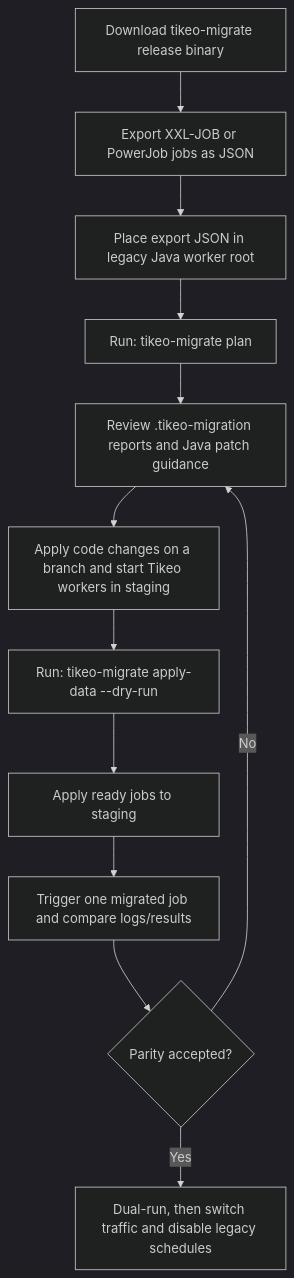
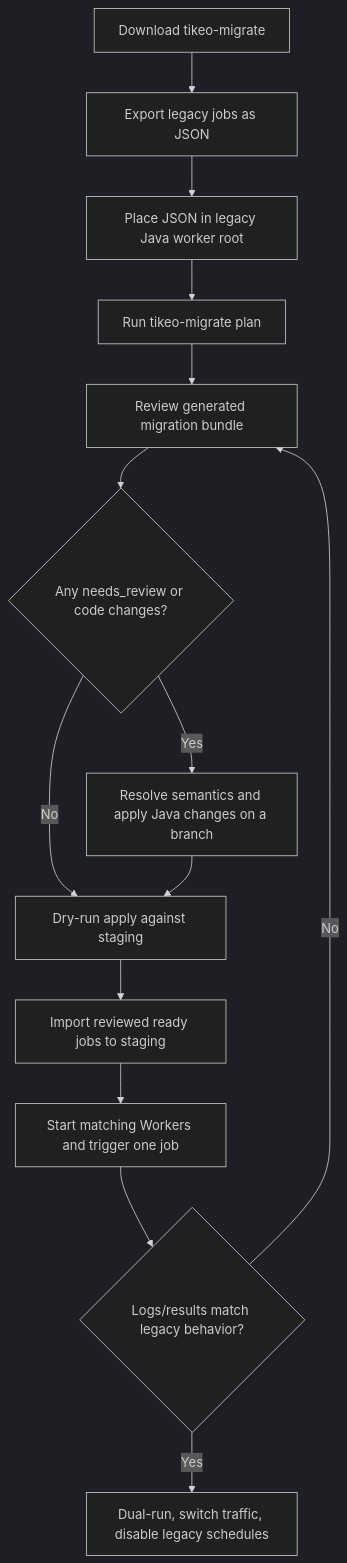
Before and after one commit to yhyzgn/tikeo: the diagram in README.md, drawn with Mermaid (dark theme). The commit also changed other lines of this file and 7 other files, not shown here.

Commit message:
Refine migration guide and apply command

````diff
--- a/README.md
+++ b/README.md
@@ -241,14 +243,16 @@
 ```mermaid
 flowchart TD
-  A[Download tikeo-migrate release binary] --> B[Export XXL-JOB or PowerJob jobs as JSON]
-  B --> C[Place export JSON in legacy Java worker root]
-  C --> D[Run: tikeo-migrate plan]
-  D --> E[Review .tikeo-migration reports and Java patch guidance]
-  E --> F[Apply code changes on a branch and start Tikeo workers in staging]
-  F --> G[Run: tikeo-migrate apply-data --dry-run]
-  G --> H[Apply ready jobs to staging]
-  H --> I[Trigger one migrated job and compare logs/results]
-  I --> J{Parity accepted?}
-  J -- No --> E
-  J -- Yes --> K[Dual-run, then switch traffic and disable legacy schedules]
+  A[Download tikeo-migrate] --> B[Export legacy jobs as JSON]
+  B --> C[Place JSON in legacy Java worker root]
+  C --> D[Run tikeo-migrate plan]
+  D --> E[Review generated migration bundle]
+  E --> F{Any needs_review or code changes?}
+  F -- Yes --> G[Resolve semantics and apply Java changes on a branch]
+  F -- No --> H[Dry-run apply against staging]
+  G --> H
+  H --> I[Import reviewed ready jobs to staging]
+  I --> J[Start matching Workers and trigger one job]
+  J --> K{Logs/results match legacy behavior?}
+  K -- No --> E
+  K -- Yes --> L[Dual-run, switch traffic, disable legacy schedules]
 ```
````
